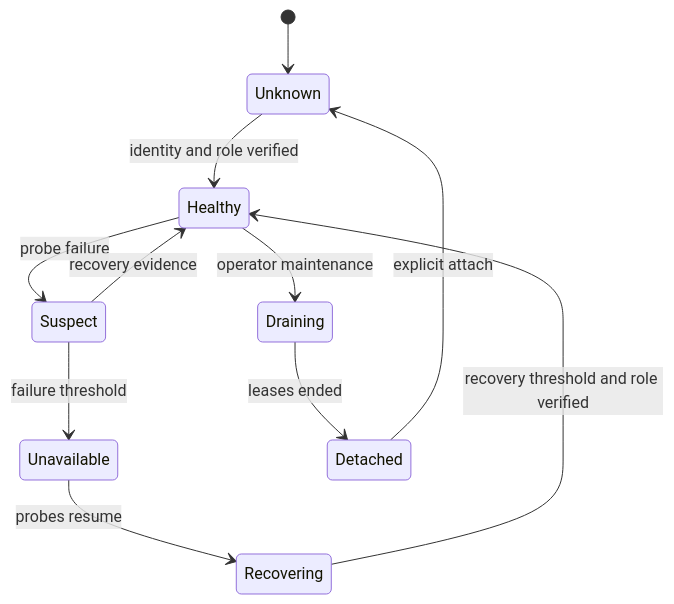
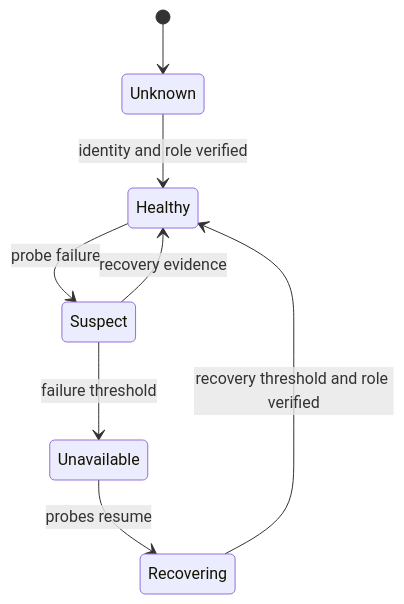
The diagram in docs/architecture/cluster-management.md (ojiepermana/pool), drawn with Mermaid before and after one commit. The commit also changed other lines of this file and 56 other files, not shown here.

````diff
--- a/docs/architecture/cluster-management.md
+++ b/docs/architecture/cluster-management.md
@@ -9,13 +9,10 @@
 ```mermaid
 stateDiagram-v2
     [*] --> Unknown
     Unknown --> Healthy: identity and role verified
     Healthy --> Suspect: probe failure
     Suspect --> Unavailable: failure threshold
     Suspect --> Healthy: recovery evidence
     Unavailable --> Recovering: probes resume
     Recovering --> Healthy: recovery threshold and role verified
-    Healthy --> Draining: operator maintenance
-    Draining --> Detached: leases ended
-    Detached --> Unknown: explicit attach
 ```
````
